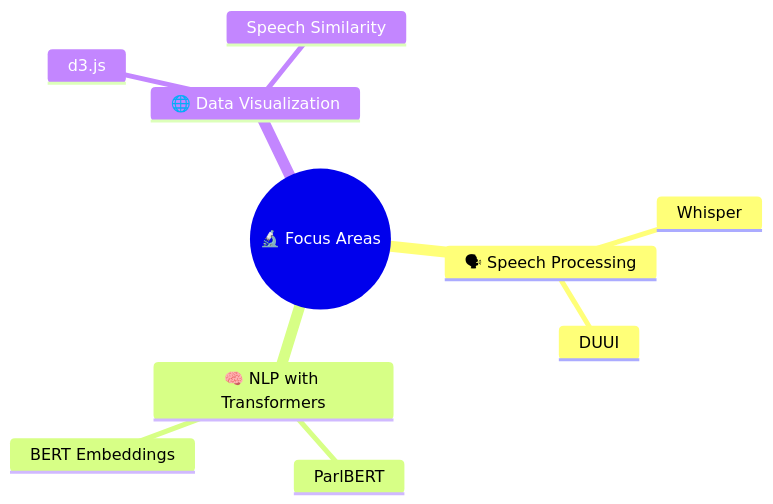
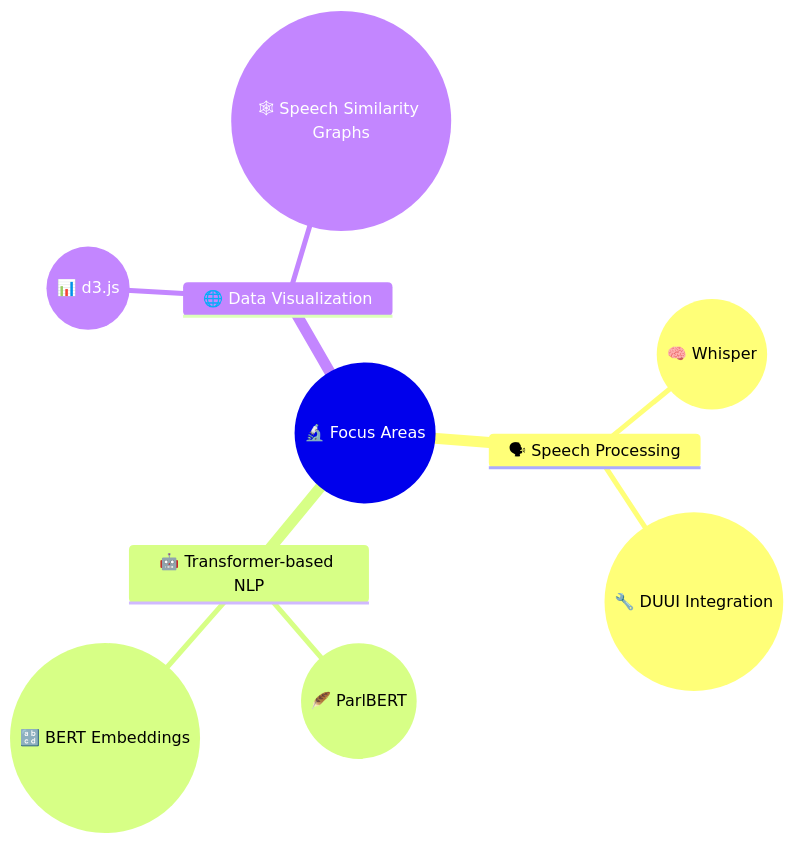
One commit to SolomonM-Kebede/SolomonM-Kebede changed the diagram in README.md. Above: the diagram before and after it, drawn with Mermaid. The commit also changed other lines of this file, not shown here.

````diff
--- a/README.md
+++ b/README.md
@@ -95,14 +92,14 @@
 ```mermaid
 mindmap
   root((🔬 Focus Areas))
     🗣 Speech Processing
-      Whisper
-      DUUI
-    🧠 NLP with Transformers
-      ParlBERT
-      BERT Embeddings
+      ((🧠 Whisper))
+      ((🔧 DUUI Integration))
+    🤖 Transformer-based NLP
+      ((🪶 ParlBERT))
+      ((🔡 BERT Embeddings))
     🌐 Data Visualization
-      d3.js
-      Speech Similarity
+      ((📊 d3.js))
+      ((🕸 Speech Similarity Graphs))
 
 ```
````
